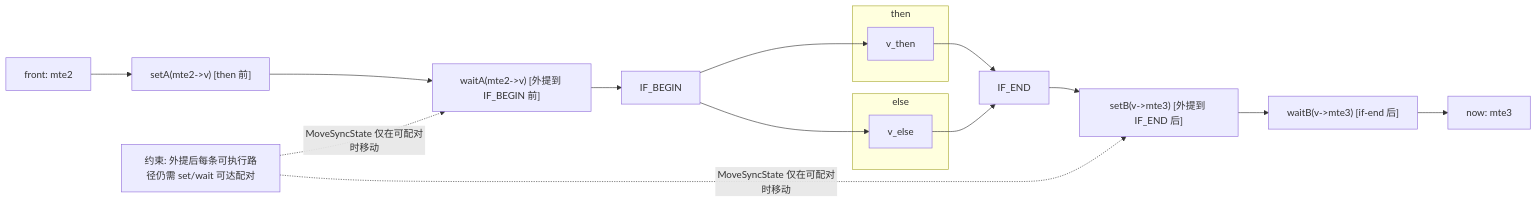
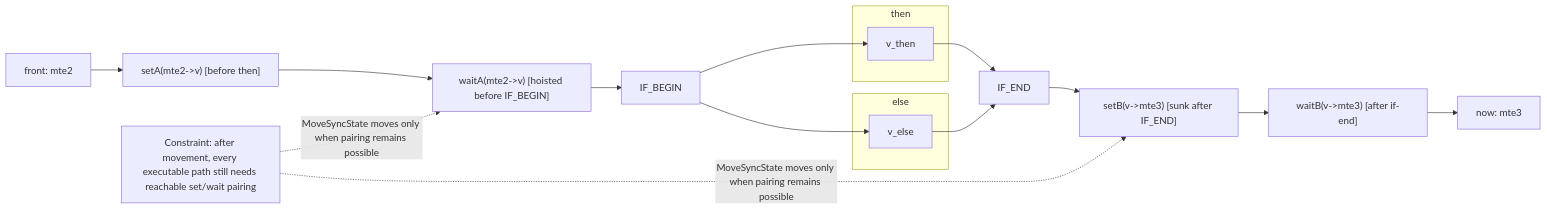
Before and after one commit to afshinarefi/PTOAS_Markham: the fourth of 8 diagrams in docs/designs/ptoas-auto-sync-design.md, drawn with Mermaid. The commit also changed other lines of this file and 20 other files, not shown here.

````diff
--- a/docs/designs/ptoas-auto-sync-design.md
+++ b/docs/designs/ptoas-auto-sync-design.md
@@ -580,29 +503,29 @@
 ```mermaid
 flowchart LR
   F2["front: mte2"]
-  SA2["setA(mte2->v) [then 前]"]
-  WA2["waitA(mte2->v) [外提到 IF_BEGIN 前]"]
+  SA2["setA(mte2->v) [before then]"]
+  WA2["waitA(mte2->v) [hoisted before IF_BEGIN]"]
   IB2["IF_BEGIN"]
   IE2["IF_END"]
-  SB2["setB(v->mte3) [外提到 IF_END 后]"]
-  WB2["waitB(v->mte3) [if-end 后]"]
+  SB2["setB(v->mte3) [sunk after IF_END]"]
+  WB2["waitB(v->mte3) [after if-end]"]
   N2["now: mte3"]
-  C["约束: 外提后每条可执行路径仍需 set/wait 可达配对"]
+  C["Constraint: after movement, every executable path still needs reachable set/wait pairing"]
 
   subgraph T2["then"]
     VT2["v_then"]
   end
 
   subgraph E2["else"]
     VE2["v_else"]
   end
 
   F2 --> SA2 --> WA2 --> IB2
   IB2 --> VT2
   IB2 --> VE2
   VT2 --> IE2
   VE2 --> IE2
   IE2 --> SB2 --> WB2 --> N2
-  C -. "MoveSyncState 仅在可配对时移动" .-> WA2
-  C -. "MoveSyncState 仅在可配对时移动" .-> SB2
+  C -. "MoveSyncState moves only when pairing remains possible" .-> WA2
+  C -. "MoveSyncState moves only when pairing remains possible" .-> SB2
 ```
````
